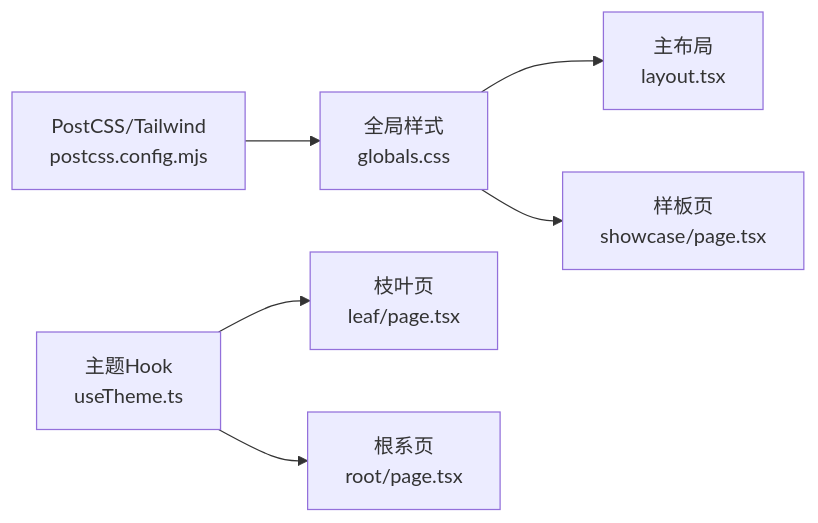
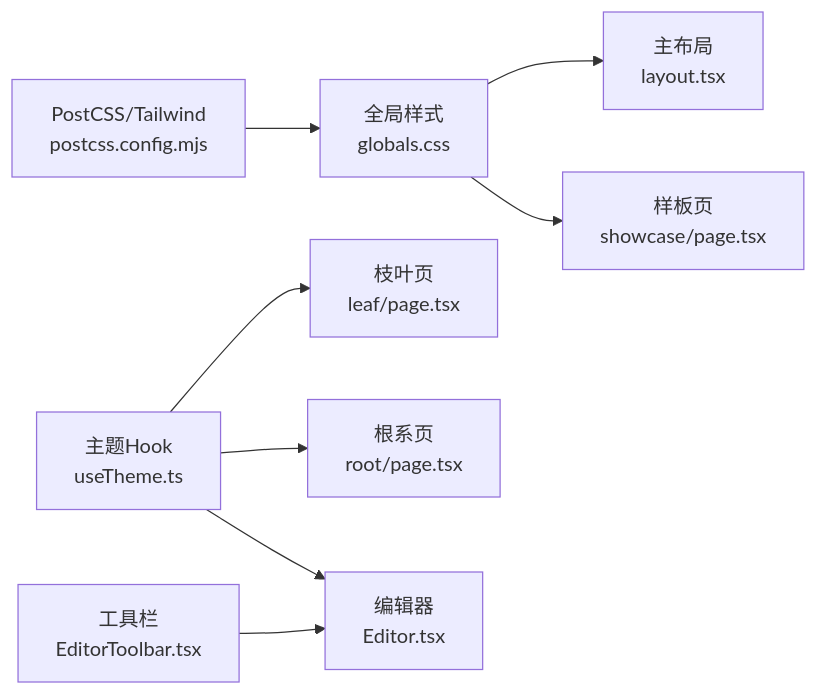
Before and after one commit to kangkang919/xinya: the fourth of 4 diagrams in .qoder/repowiki/zh/content/设计文档/UI设计规范.md, drawn with Mermaid. The commit also changed other lines of this file and 27 other files, not shown here.

````diff
--- a/.qoder/repowiki/zh/content/设计文档/UI设计规范.md
+++ b/.qoder/repowiki/zh/content/设计文档/UI设计规范.md
@@ -243,8 +426,10 @@
 ```mermaid
 graph LR
 CSS["全局样式<br/>globals.css"] --> Layout["主布局<br/>layout.tsx"]
 CSS --> Showcase["样板页<br/>showcase/page.tsx"]
 Theme["主题Hook<br/>useTheme.ts"] --> Leaf["枝叶页<br/>leaf/page.tsx"]
 Theme --> Root["根系页<br/>root/page.tsx"]
+Theme --> Editor["编辑器<br/>Editor.tsx"]
 PostCSS["PostCSS/Tailwind<br/>postcss.config.mjs"] --> CSS
+Toolbar["工具栏<br/>EditorToolbar.tsx"] --> Editor
 ```
````
